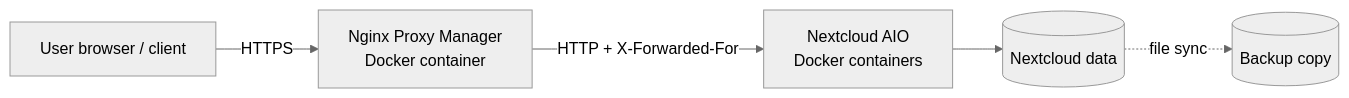
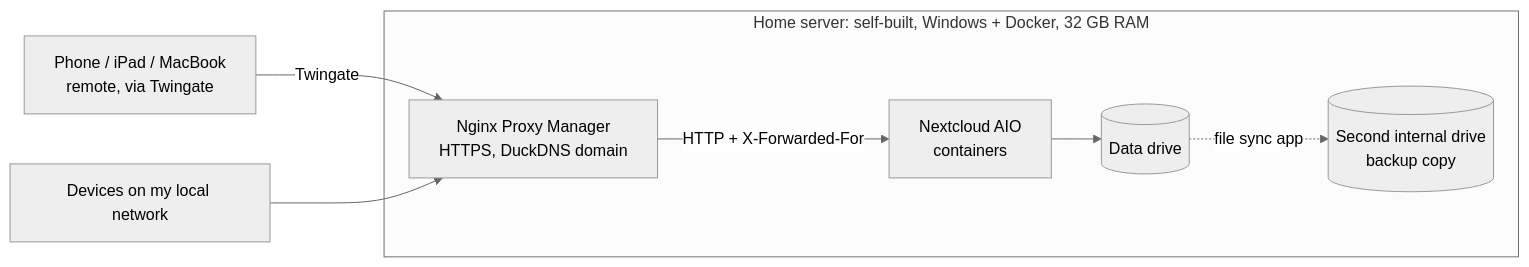
The diagram in README.md (KudakwasheMutizhe/nextcloud-reverse-proxy), drawn with Mermaid (neutral theme) before and after one commit. The commit also changed other lines of this file, not shown here.

````diff
--- a/README.md
+++ b/README.md
@@ -25,7 +37,10 @@
 ```mermaid
 flowchart LR
-    U[User browser / client] -- HTTPS --> NPM[Nginx Proxy Manager<br/>Docker container]
-    NPM -- "HTTP + X-Forwarded-For" --> NC[Nextcloud AIO<br/>Docker containers]
-    NC --> S[(Nextcloud data)]
-    S -. file sync .-> B[(Backup copy)]
+    D[Phone / iPad / MacBook<br/>remote, via Twingate] -- Twingate --> NPM
+    L[Devices on my local network] --> NPM
+    subgraph S[Home server: self-built, Windows + Docker, 32 GB RAM]
+        NPM[Nginx Proxy Manager<br/>HTTPS, DuckDNS domain] -- "HTTP + X-Forwarded-For" --> NC[Nextcloud AIO<br/>containers]
+        NC --> DATA[(Data drive)]
+        DATA -. file sync app .-> BK[(Second internal drive<br/>backup copy)]
+    end
 ```
````
